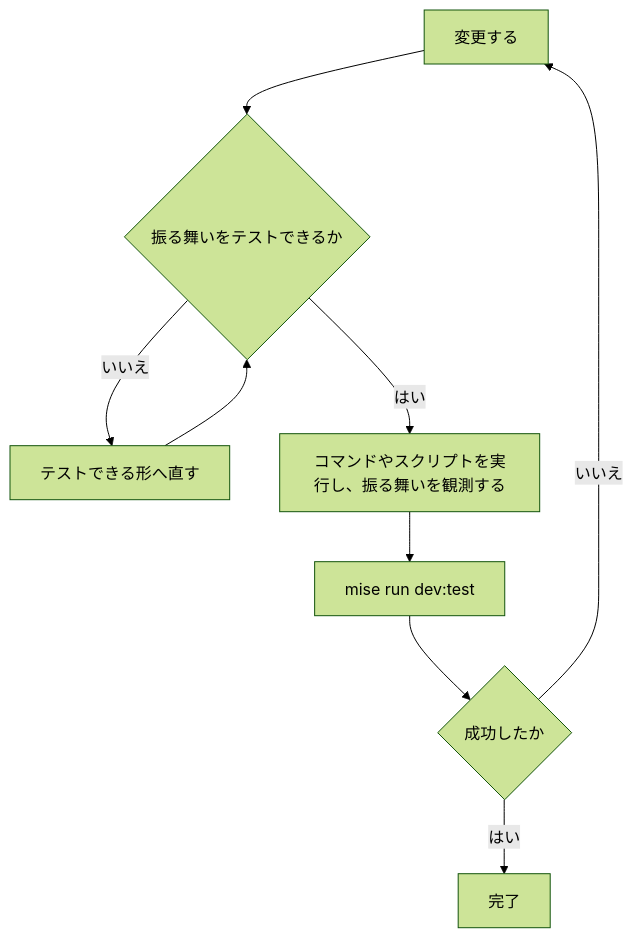
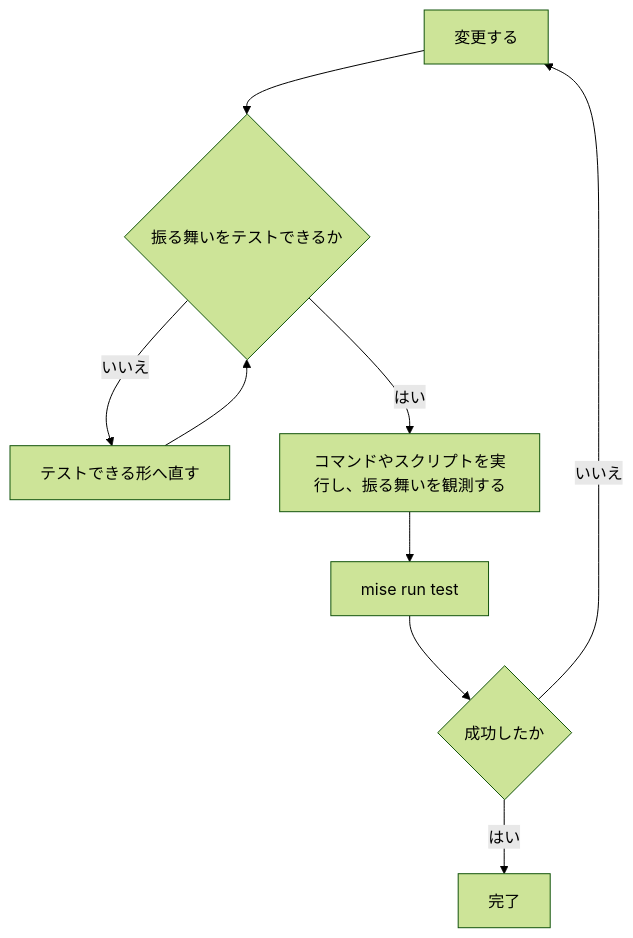
One commit to 9sako6/dotfiles changed the second of 2 diagrams in AGENTS.md. Above: the diagram before and after it, drawn with Mermaid (forest theme). The commit also changed 2 other files, not shown here.

Commit message:
chore: simplify the test task name
Rename the repository test entry point so the standard verification command is shorter and consistent everywhere.

````diff
--- a/AGENTS.md
+++ b/AGENTS.md
@@ -34,11 +34,11 @@
 ```mermaid
 flowchart TD
     change["変更する"] --> testable{"振る舞いをテストできるか"}
     testable -->|"いいえ"| redesign["テストできる形へ直す"]
     redesign --> testable
     testable -->|"はい"| observe["コマンドやスクリプトを実行し、振る舞いを観測する"]
-    observe --> test["mise run dev:test"]
+    observe --> test["mise run test"]
     test --> passed{"成功したか"}
     passed -->|"いいえ"| change
     passed -->|"はい"| complete["完了"]
 ```
````
